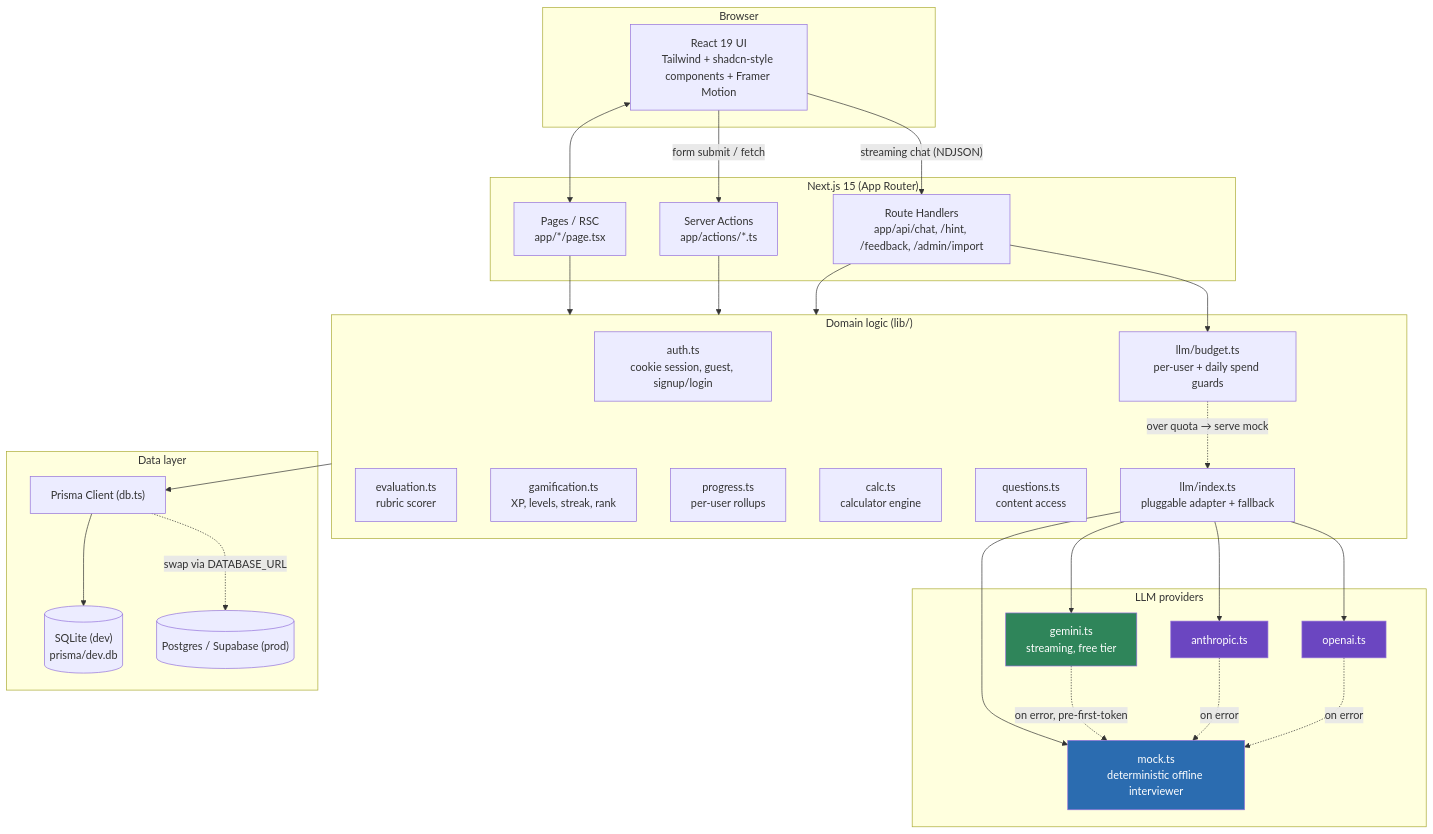
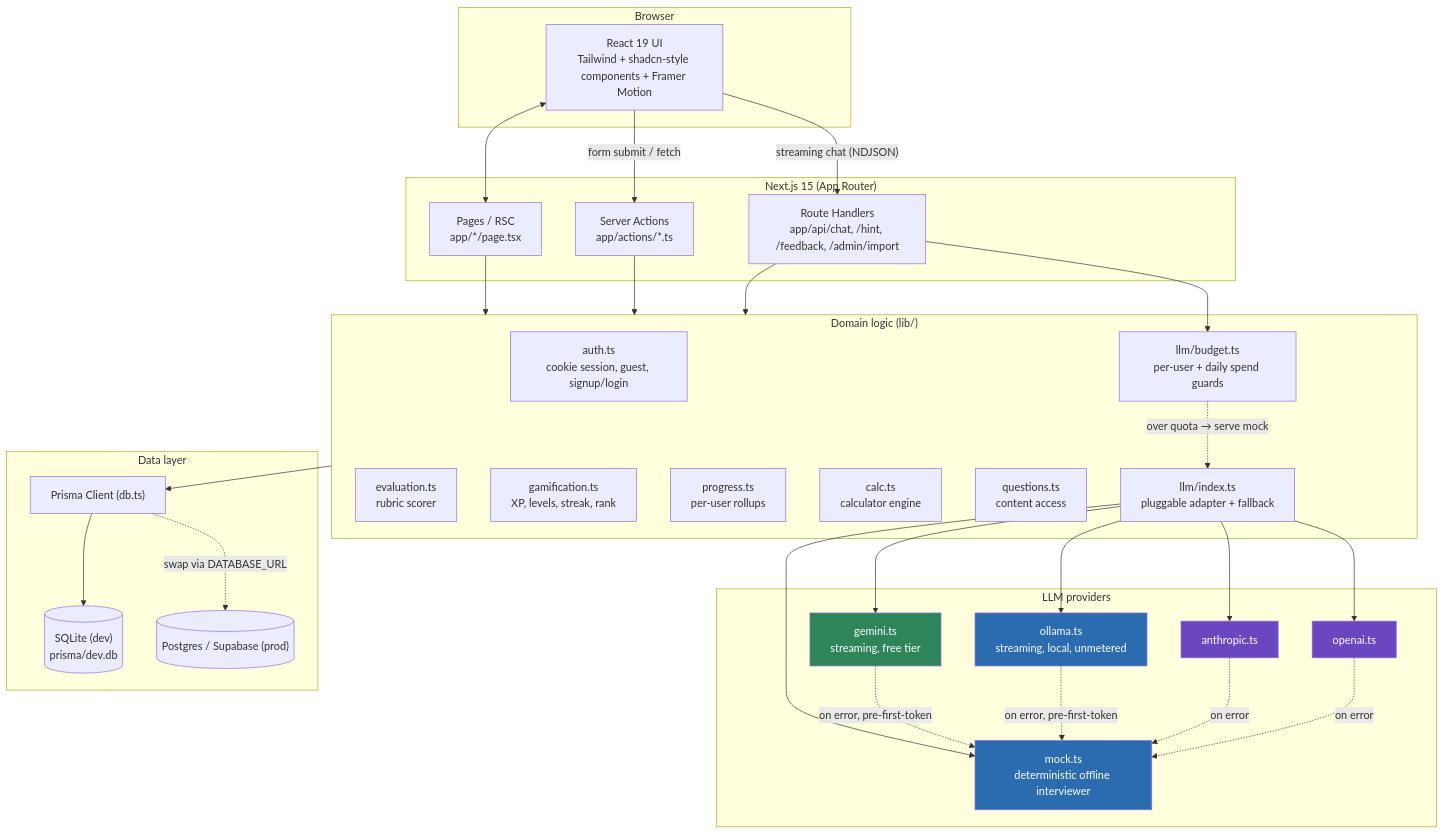
The first of 7 diagrams in docs/ARCHITECTURE.md (pr4t3ek/FAKEcases), drawn with Mermaid before and after one commit. The commit also changed other lines of this file and 9 other files, not shown here.

First line of the commit message:
Run the interviewer on a local Ollama model during development

````diff
--- a/docs/ARCHITECTURE.md
+++ b/docs/ARCHITECTURE.md
@@ -20,60 +20,64 @@
 ```mermaid
 flowchart TB
     subgraph Client["Browser"]
         UI["React 19 UI\nTailwind + shadcn-style components + Framer Motion"]
     end
 
     subgraph Next["Next.js 15 (App Router)"]
         Pages["Pages / RSC\napp/*/page.tsx"]
         Actions["Server Actions\napp/actions/*.ts"]
         Routes["Route Handlers\napp/api/chat, /hint, /feedback, /admin/import"]
     end
 
     subgraph Domain["Domain logic (lib/)"]
         Auth["auth.ts\ncookie session, guest, signup/login"]
         Eval["evaluation.ts\nrubric scorer"]
         Game["gamification.ts\nXP, levels, streak, rank"]
         Progress["progress.ts\nper-user rollups"]
         Calc["calc.ts\ncalculator engine"]
         Questions["questions.ts\ncontent access"]
         LLM["llm/index.ts\npluggable adapter + fallback"]
         Budget["llm/budget.ts\nper-user + daily spend guards"]
     end
 
     subgraph Providers["LLM providers"]
         Mock["mock.ts\ndeterministic offline interviewer"]
         Gemini["gemini.ts\nstreaming, free tier"]
+        Ollama["ollama.ts\nstreaming, local, unmetered"]
         Anthropic["anthropic.ts"]
         OpenAI["openai.ts"]
     end
 
     subgraph Data["Data layer"]
         Prisma["Prisma Client (db.ts)"]
         SQLite[("SQLite (dev)\nprisma/dev.db")]
         Postgres[("Postgres / Supabase (prod)")]
     end
 
     UI <--> Pages
     UI -- "form submit / fetch" --> Actions
     UI -- "streaming chat (NDJSON)" --> Routes
     Pages --> Domain
     Actions --> Domain
     Routes --> Domain
     Routes --> Budget
     Budget -. "over quota → serve mock" .-> LLM
     LLM --> Mock
     LLM --> Gemini
+    LLM --> Ollama
     LLM --> Anthropic
     LLM --> OpenAI
     Gemini -. "on error, pre-first-token" .-> Mock
+    Ollama -. "on error, pre-first-token" .-> Mock
     Anthropic -. "on error" .-> Mock
     OpenAI -. "on error" .-> Mock
     Domain --> Prisma
     Prisma --> SQLite
     Prisma -. "swap via DATABASE_URL" .-> Postgres
 
     style Mock fill:#2b6cb0,color:#fff
     style Gemini fill:#2f855a,color:#fff
+    style Ollama fill:#2b6cb0,color:#fff
     style Anthropic fill:#6b46c1,color:#fff
     style OpenAI fill:#6b46c1,color:#fff
 ```
````
